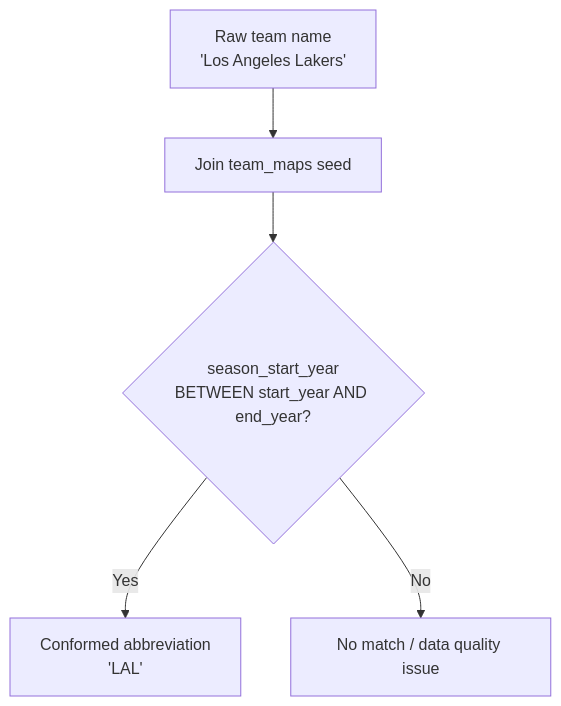
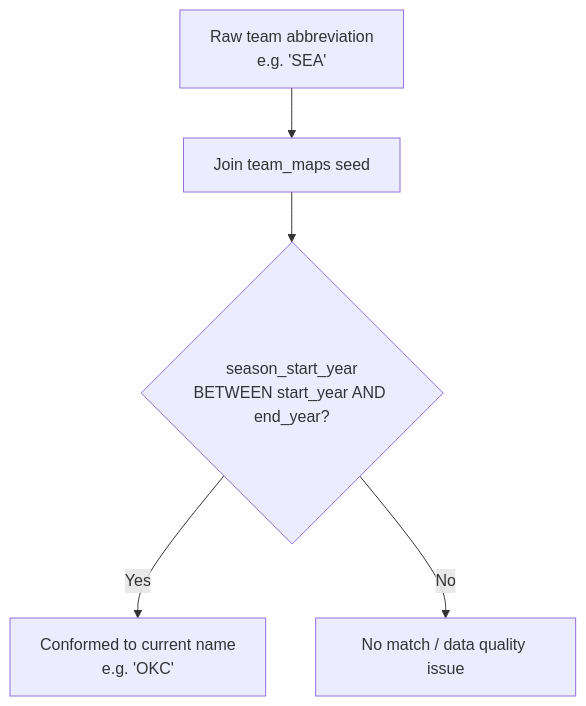
The sixth of 11 diagrams in .agents/summary/workflows.md (nprasad2077/dbt_sample), drawn with Mermaid before and after one commit. The commit also changed other lines of this file and 12 other files, not shown here.

Commit message:
charts update

````diff
--- a/.agents/summary/workflows.md
+++ b/.agents/summary/workflows.md
@@ -58,7 +94,7 @@
 ```mermaid
 flowchart TD
-    A[Raw team name<br/>'Los Angeles Lakers'] --> B[Join team_maps seed]
+    A[Raw team abbreviation<br/>e.g. 'SEA'] --> B[Join team_maps seed]
     B --> C{season_start_year<br/>BETWEEN start_year AND end_year?}
-    C -->|Yes| D[Conformed abbreviation<br/>'LAL']
+    C -->|Yes| D[Conformed to current name<br/>e.g. 'OKC']
     C -->|No| E[No match / data quality issue]
 ```
````
